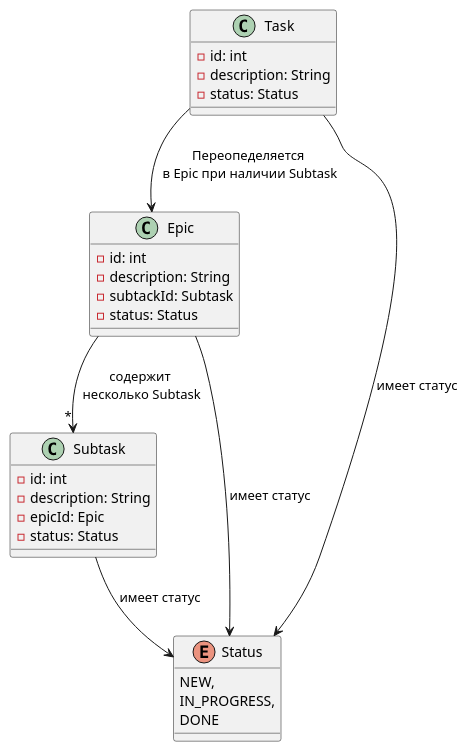
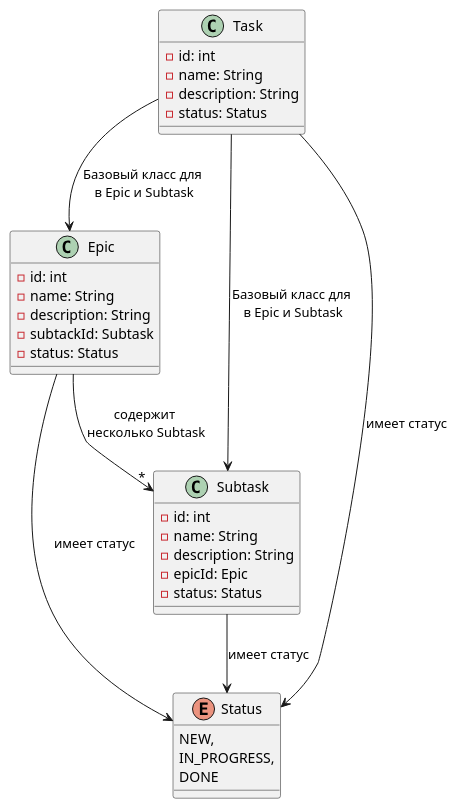
Before and after one commit to alsygaev/java-kanban: the diagram in TaskTrackerClassDiagram.puml, drawn with PlantUML. The commit also changed 5 other files, not shown here.

Commit message:
Изменил наследование классов в соответствии с замечаниями. Класс Task не зависит от других классов и является базовым классом для Subtask и Epic. Изменил все CRUD методы работы с классами.

```diff
--- a/TaskTrackerClassDiagram.puml
+++ b/TaskTrackerClassDiagram.puml
@@ -1,37 +1,40 @@
 @startuml
 'https://plantuml.com/class-diagram
 
 class Task {
 - id: int
+- name: String
 - description: String
 - status: Status
 }
 
 class Epic {
 - id: int
+- name: String
 - description: String
 - subtackId: Subtask
 - status: Status
 }
 
 class Subtask {
 - id: int
+- name: String
 - description: String
 - epicId: Epic
 - status: Status
 }
 
 Epic  --> "*" Subtask : содержит \nнесколько Subtask
-Task --> Epic : Переопеделяется \nв Epic при наличии Subtask
-
+Task --> Epic : Базовый класс для \nв Epic и Subtask
+Task --> Subtask : Базовый класс для \nв Epic и Subtask
 enum Status {
 NEW,
 IN_PROGRESS,
 DONE
 }
 
 Task --> Status : имеет статус
 Epic --> Status : имеет статус
 Subtask --> Status : имеет статус
 
 @enduml
```
